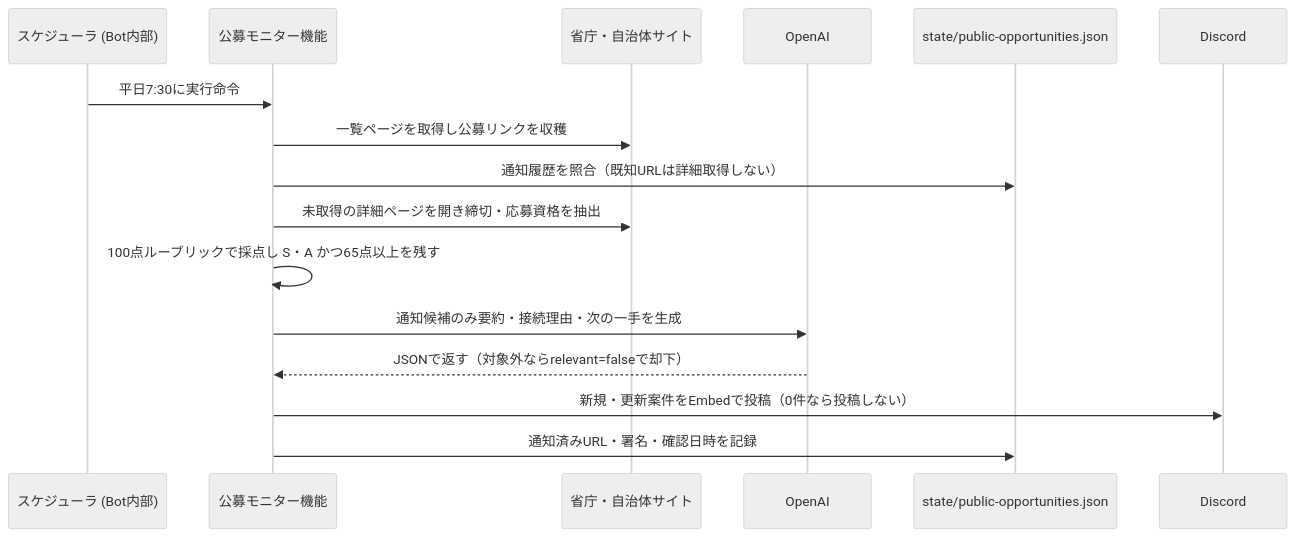
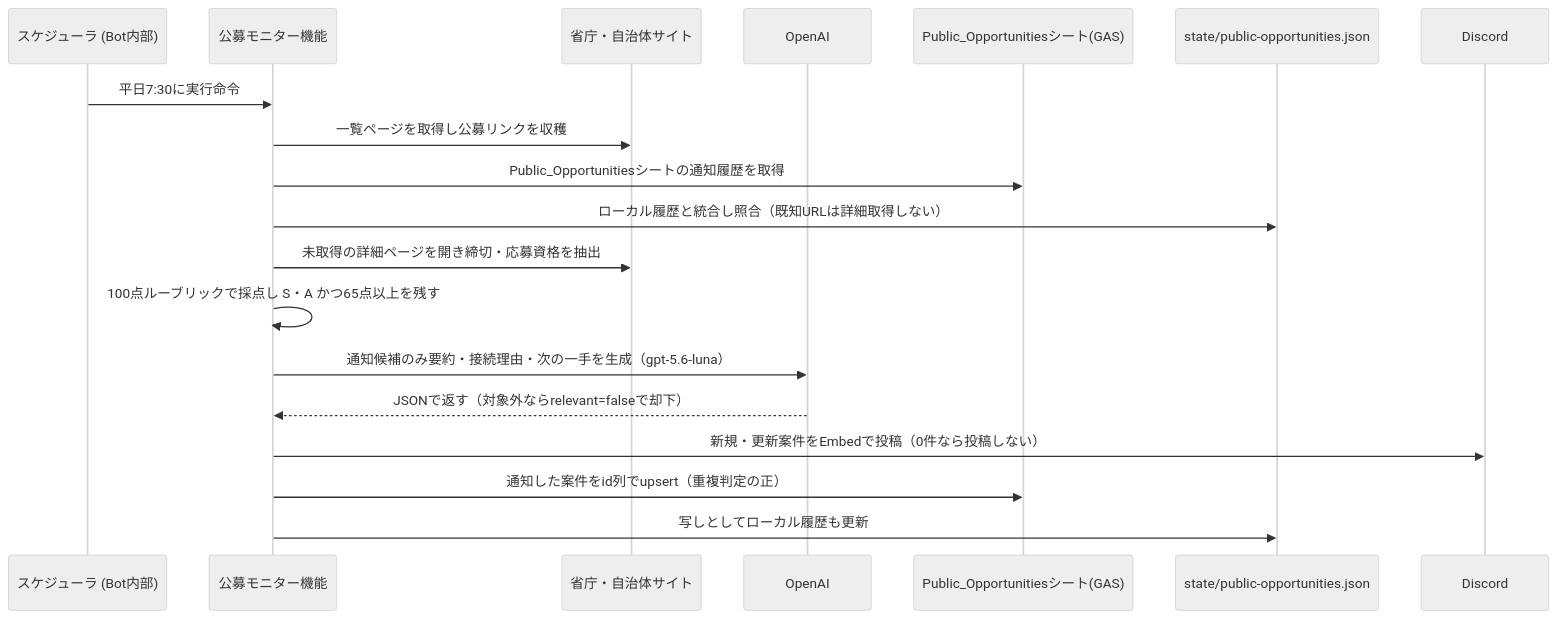
One commit to Metagri-Bot/daily-news-bot changed the seventh of 8 diagrams in README.md. Above: the diagram before and after it, drawn with Mermaid (neutral theme). The commit also changed other lines of this file and 17 other files, not shown here.

````diff
--- a/README.md
+++ b/README.md
@@ -186,19 +186,22 @@
 ```mermaid
 sequenceDiagram
     participant Scheduler as スケジューラ (Bot内部)
     participant Monitor as 公募モニター機能
     participant Gov as 省庁・自治体サイト
     participant OpenAI
+    participant Sheet as Public_Opportunitiesシート(GAS)
     participant State as state/public-opportunities.json
     participant Discord
 
     Scheduler->>Monitor: 平日7:30に実行命令
     Monitor->>Gov: 一覧ページを取得し公募リンクを収穫
-    Monitor->>State: 通知履歴を照合（既知URLは詳細取得しない）
+    Monitor->>Sheet: Public_Opportunitiesシートの通知履歴を取得
+    Monitor->>State: ローカル履歴と統合し照合（既知URLは詳細取得しない）
     Monitor->>Gov: 未取得の詳細ページを開き締切・応募資格を抽出
     Monitor->>Monitor: 100点ルーブリックで採点し S・A かつ65点以上を残す
-    Monitor->>OpenAI: 通知候補のみ要約・接続理由・次の一手を生成
+    Monitor->>OpenAI: 通知候補のみ要約・接続理由・次の一手を生成（gpt-5.6-luna）
     OpenAI-->>Monitor: JSONで返す（対象外ならrelevant=falseで却下）
     Monitor->>Discord: 新規・更新案件をEmbedで投稿（0件なら投稿しない）
-    Monitor->>State: 通知済みURL・署名・確認日時を記録
+    Monitor->>Sheet: 通知した案件をid列でupsert（重複判定の正）
+    Monitor->>State: 写しとしてローカル履歴も更新
 ```
````
